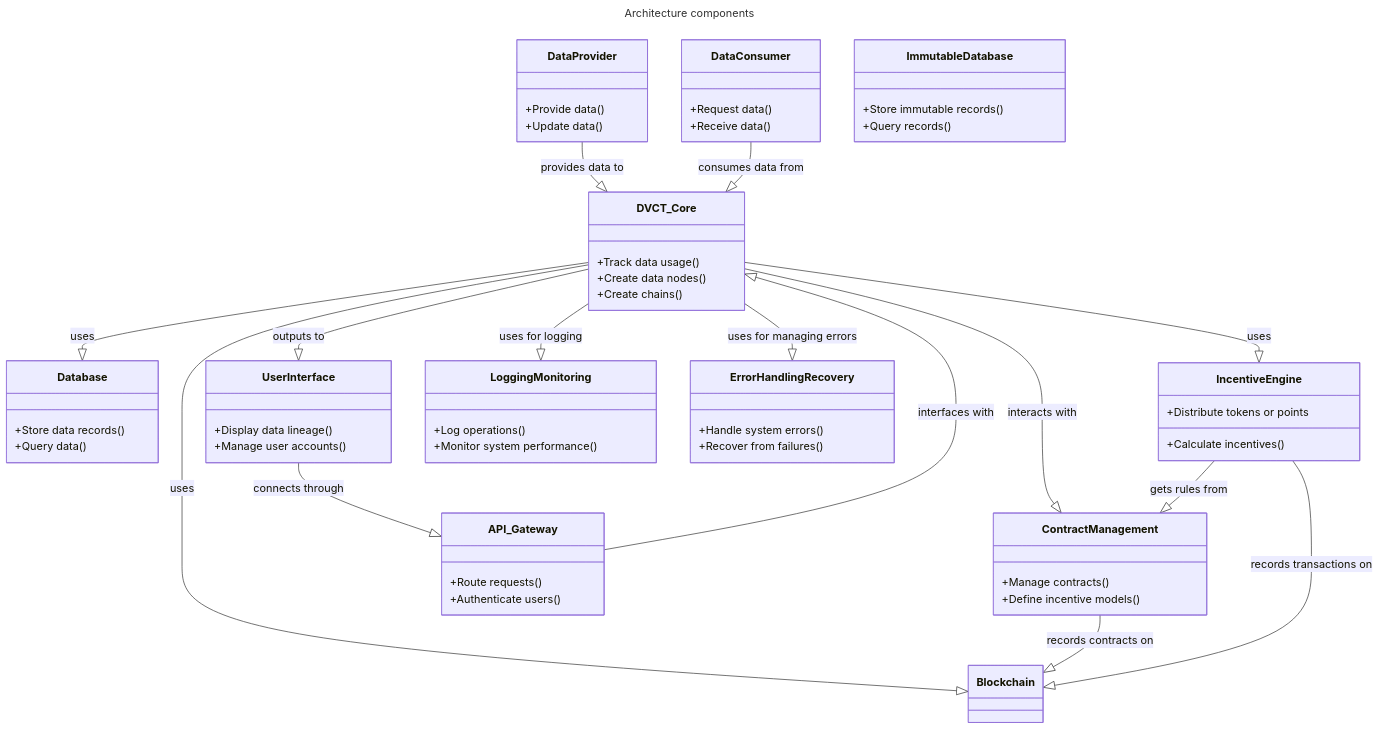
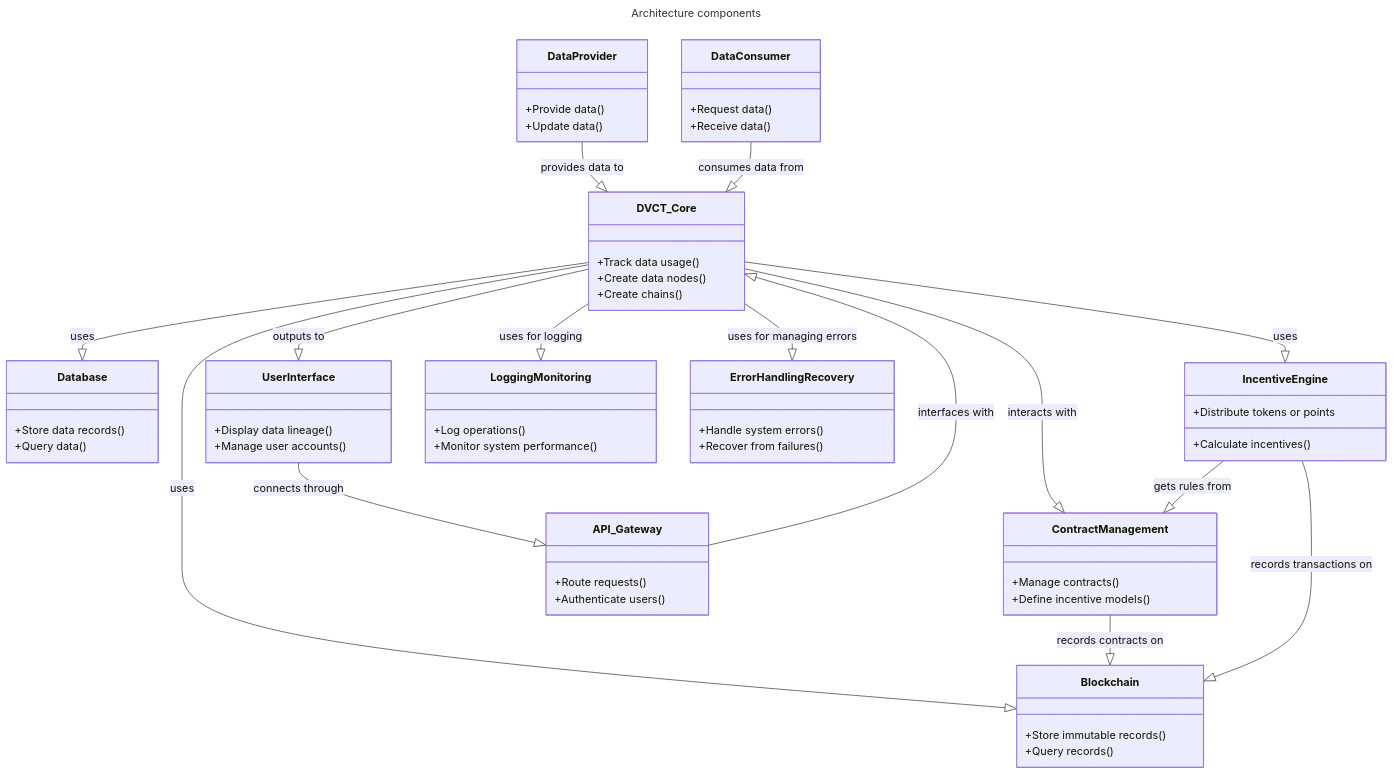
Before and after one commit to Prometheus-X-association/data-value-chain-tracker: the second of 6 diagrams in docs/design-document.md, drawn with Mermaid. The commit also changed other lines of this file, not shown here.

````diff
--- a/docs/design-document.md
+++ b/docs/design-document.md
@@ -435,66 +447,66 @@
 ```mermaid
 ---
 title: Architecture components
 ---
 classDiagram
     class DataProvider {
         +Provide data()
         +Update data()
     }
     class DataConsumer {
         +Request data()
         +Receive data()
     }
     class DVCT_Core {
         +Track data usage()
         +Create data nodes()
         +Create chains()
     }
-    class ImmutableDatabase {
+    class Blockchain {
         +Store immutable records()
         +Query records()
     }
     class Database {
         +Store data records()
         +Query data()
     }
     class UserInterface {
         +Display data lineage()
         +Manage user accounts()
     }
     class ContractManagement {
         +Manage contracts()
         +Define incentive models()
     }
     class IncentiveEngine {
         +Calculate incentives()
         +Distribute tokens or points
     }
     class API_Gateway {
         +Route requests()
         +Authenticate users()
     }
     class LoggingMonitoring {
         +Log operations()
         +Monitor system performance()
     }
     class ErrorHandlingRecovery {
         +Handle system errors()
         +Recover from failures()
     }
 
     DataProvider --|> DVCT_Core : provides data to
     DataConsumer --|> DVCT_Core : consumes data from
     DVCT_Core --|> Blockchain : uses
     DVCT_Core --|> Database : uses
     DVCT_Core --|> UserInterface : outputs to
     DVCT_Core --|> ContractManagement : interacts with
     DVCT_Core --|> IncentiveEngine : uses
     API_Gateway --|> DVCT_Core : interfaces with
     UserInterface --|> API_Gateway : connects through
     ContractManagement --|> Blockchain : records contracts on
     IncentiveEngine --|> ContractManagement : gets rules from
     IncentiveEngine --|> Blockchain : records transactions on
     DVCT_Core --|> LoggingMonitoring : uses for logging
     DVCT_Core --|> ErrorHandlingRecovery : uses for managing errors
 ```
````
